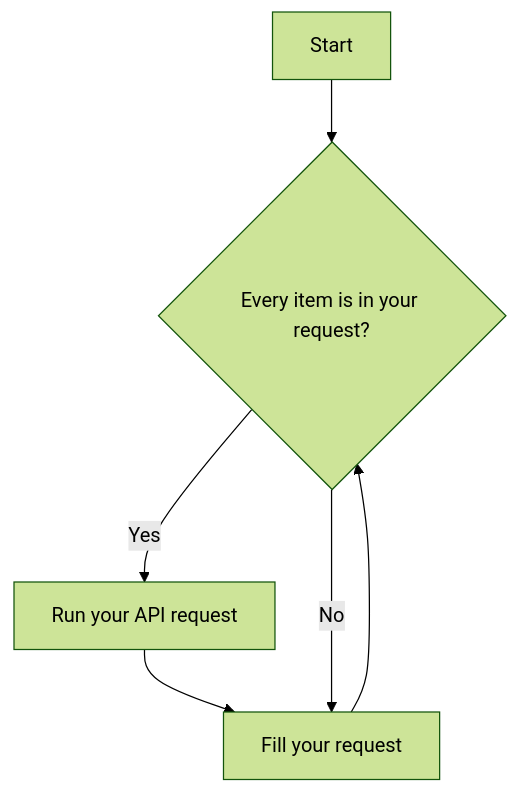
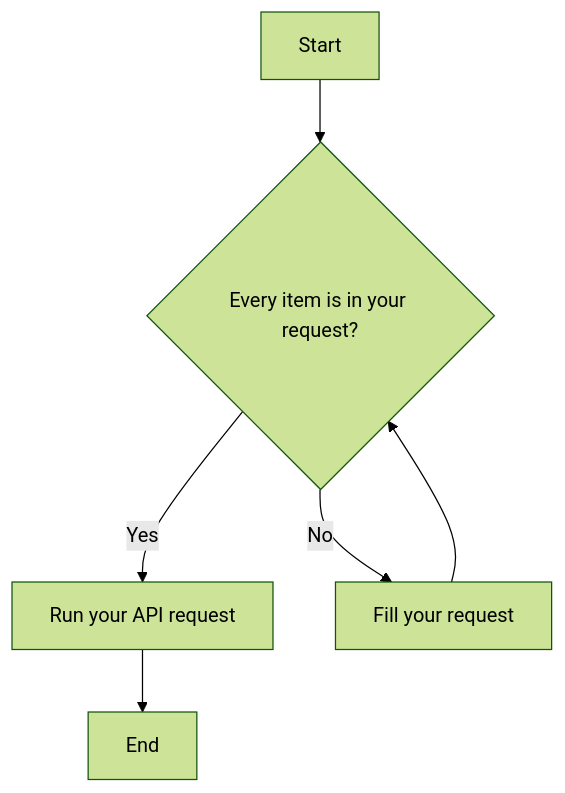
The diagram in README.md (Fluorin3/CarTargetActionPredictor), drawn with Mermaid (forest theme) before and after one commit.

````diff
--- a/README.md
+++ b/README.md
@@ -59,6 +59,6 @@
 ```mermaid
 graph TD
   A[Start] --> B{Every item is in your request?}
-  B --> |Yes| C[Run your API request] --> D[End]
+  B --> |Yes| C[Run your API request] --> E[End]
   B --> |No| D[Fill your request] --> B
 ```
````
